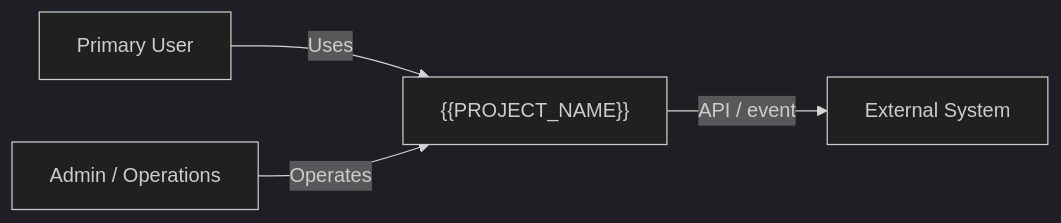
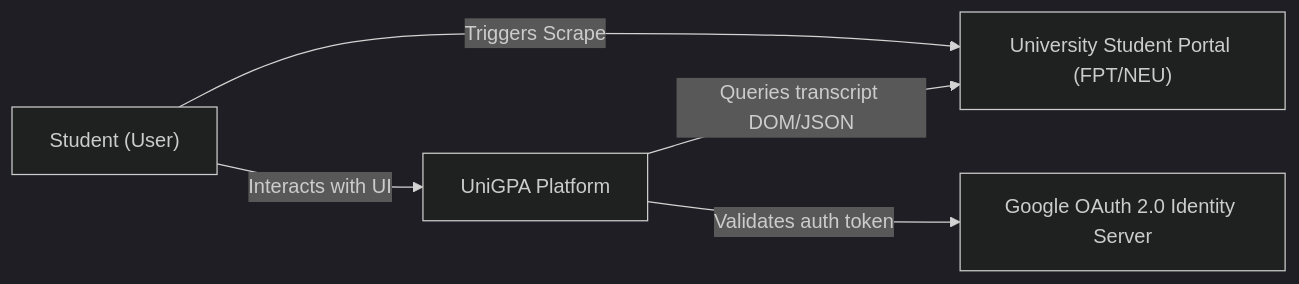
The first of 5 diagrams in 03-Architecture-Design/SOFTWARE_ARCHITECTURE.md (nqtienvn/japanese), drawn with Mermaid (dark theme) before and after one commit. The commit also changed other lines of this file and 89 other files, not shown here.

````diff
--- a/03-Architecture-Design/SOFTWARE_ARCHITECTURE.md
+++ b/03-Architecture-Design/SOFTWARE_ARCHITECTURE.md
@@ -29,6 +31,7 @@
 ```mermaid
 flowchart LR
-    U["Primary User"] -->|"Uses"| S["{{PROJECT_NAME}}"]
-    A["Admin / Operations"] -->|"Operates"| S
-    S -->|"API / event"| X["External System"]
+    Student["Student (User)"] -->|"Interacts with UI"| UniGPA["UniGPA Platform"]
+    Student -->|"Triggers Scrape"| Portal["University Student Portal (FPT/NEU)"]
+    UniGPA -->|"Queries transcript DOM/JSON"| Portal
+    UniGPA -->|"Validates auth token"| GoogleOAuth["Google OAuth 2.0 Identity Server"]
 ```
````
